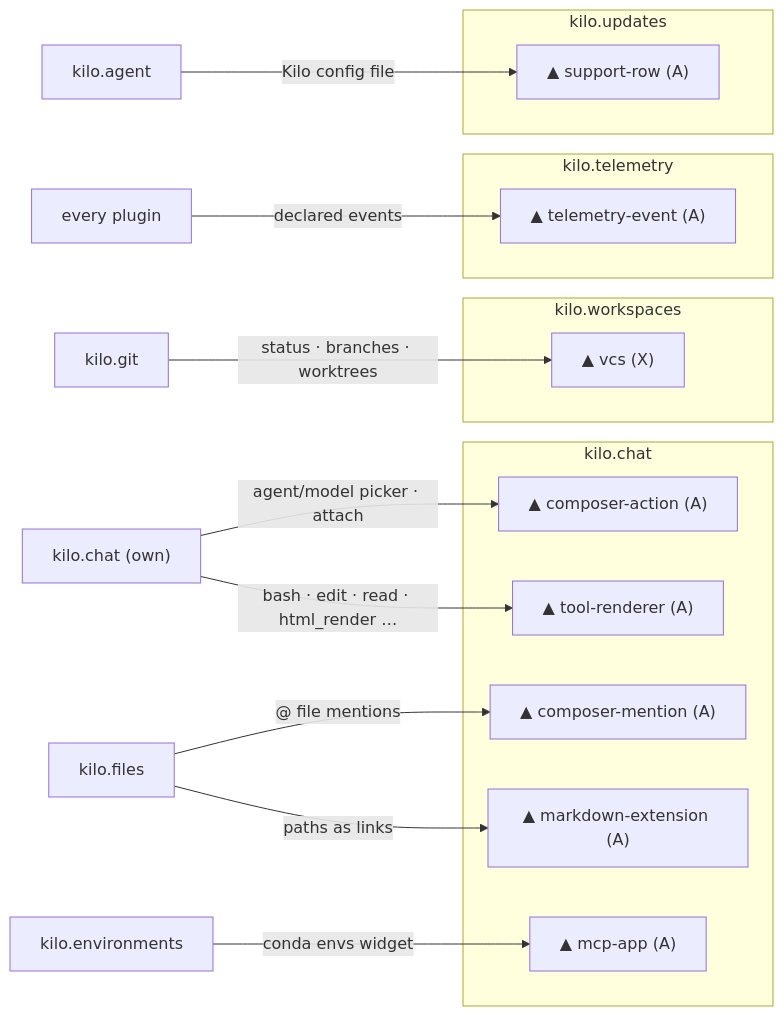
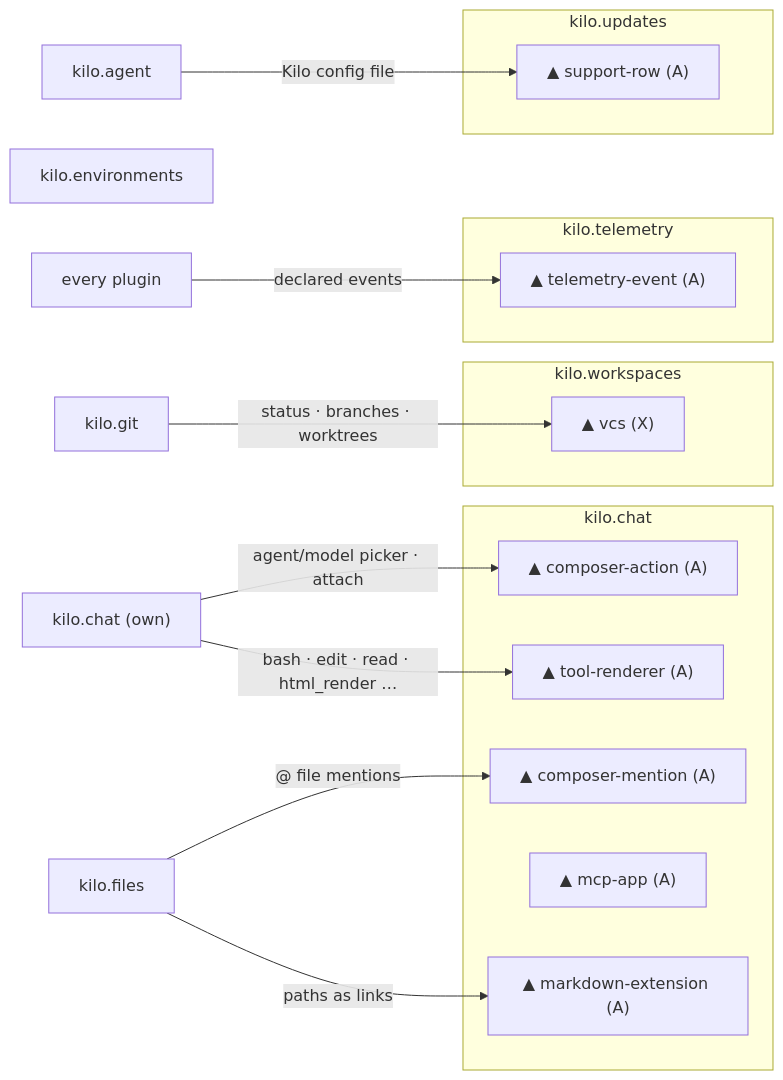
The fifth of 7 diagrams in docs/plugin-architecture.md (Kilo-Org/kilo-desktop), drawn with Mermaid before and after one commit. The commit also changed other lines of this file and 16 other files, not shown here.

Commit message:
refactor(environments): drop the conda environments MCP App widget (#974)

````diff
--- a/docs/plugin-architecture.md
+++ b/docs/plugin-architecture.md
@@ -800,37 +800,36 @@
 ```mermaid
 flowchart LR
   files["kilo.files"]
   environments["kilo.environments"]
   chatSelf["kilo.chat (own)"]
   git["kilo.git"]
   everyone["every plugin"]
 
   subgraph CHAT["kilo.chat"]
     composerAction["▲ composer-action (A)"]
     mention["▲ composer-mention (A)"]
     renderer["▲ tool-renderer (A)"]
     mcpApp["▲ mcp-app (A)"]
     mdExt["▲ markdown-extension (A)"]
   end
 
   subgraph WORKSPACES["kilo.workspaces"]
     vcs["▲ vcs (X)"]
   end
 
   subgraph TELEMETRY["kilo.telemetry"]
     tevent["▲ telemetry-event (A)"]
   end
 
   subgraph UPDATES["kilo.updates"]
     supportRow["▲ support-row (A)"]
   end
 
   chatSelf -->|agent/model picker · attach| composerAction
   files -->|"@ file mentions"| mention
   chatSelf -->|bash · edit · read · html_render …| renderer
-  environments -->|conda envs widget| mcpApp
   files -->|paths as links| mdExt
   git -->|status · branches · worktrees| vcs
   everyone -->|declared events| tevent
   agentS["kilo.agent"] -->|Kilo config file| supportRow
 ```
````
